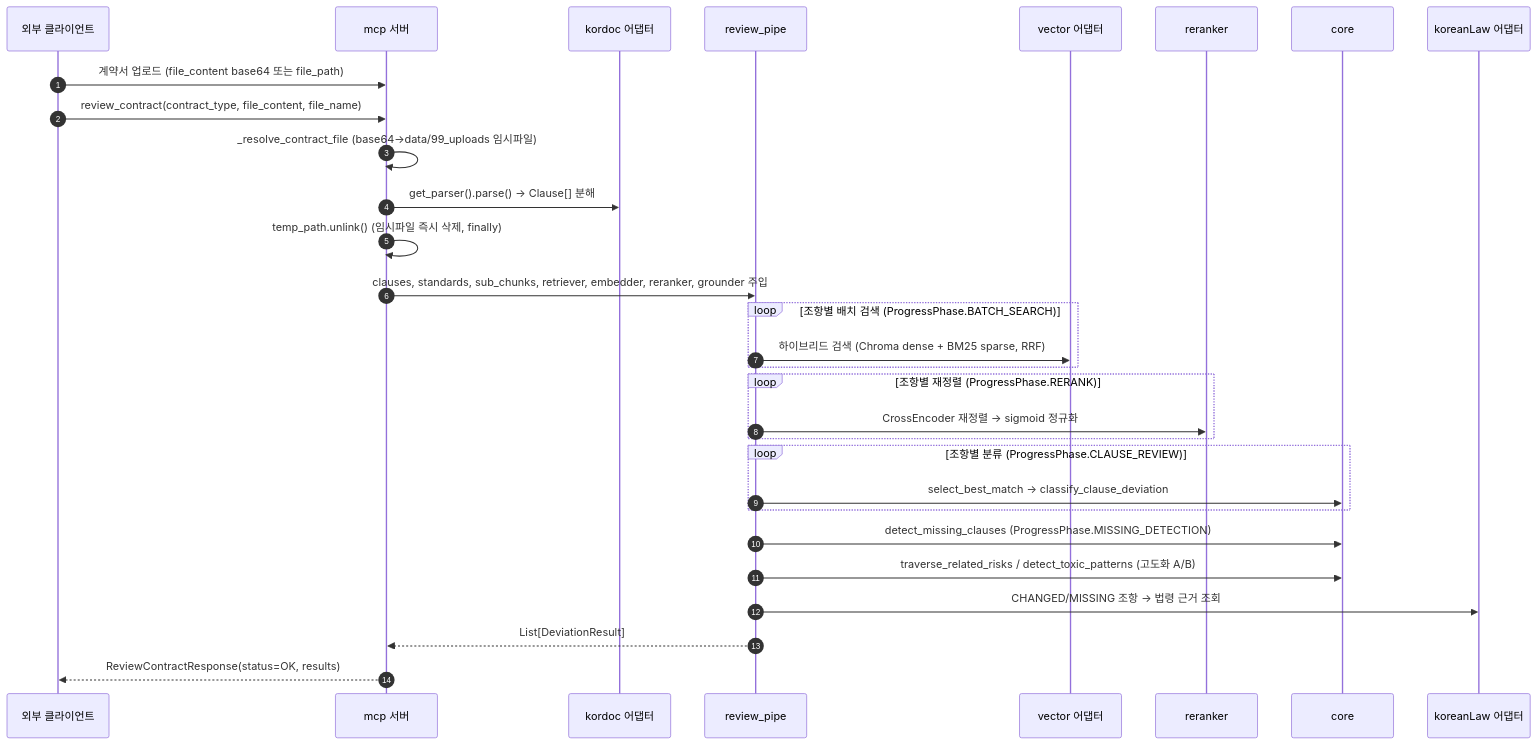
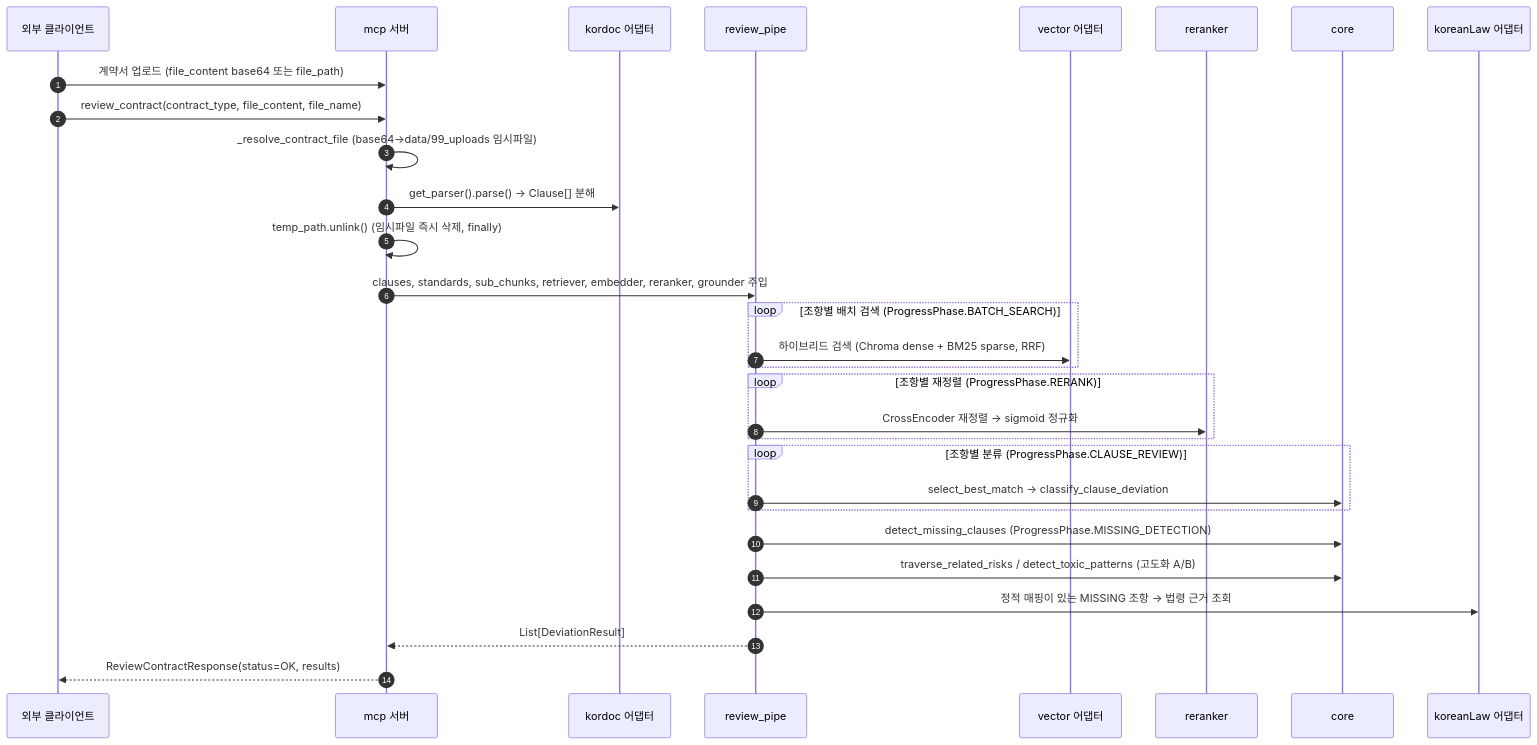
The third of 3 diagrams in docs/deliverables/시스템 아키텍처.md (Hong1008/SKN30-3rd-2Team), drawn with Mermaid before and after one commit. The commit also changed other lines of this file and 7 other files, not shown here.

Commit message:
docs: update project documentation and refactor server configuration to reflect current architecture

````diff
--- a/docs/deliverables/시스템 아키텍처.md
+++ b/docs/deliverables/시스템 아키텍처.md
@@ -116,24 +116,24 @@
 ```mermaid
 sequenceDiagram
     autonumber
     외부 클라이언트->>mcp 서버: 계약서 업로드 (file_content base64 또는 file_path)
     외부 클라이언트->>mcp 서버: review_contract(contract_type, file_content, file_name)
     mcp 서버->>mcp 서버: _resolve_contract_file (base64→data/99_uploads 임시파일)
     mcp 서버->>kordoc 어댑터: get_parser().parse() → Clause[] 분해
     mcp 서버->>mcp 서버: temp_path.unlink() (임시파일 즉시 삭제, finally)
     mcp 서버->>review_pipe: clauses, standards, sub_chunks, retriever, embedder, reranker, grounder 주입
     loop 조항별 배치 검색 (ProgressPhase.BATCH_SEARCH)
         review_pipe->>vector 어댑터: 하이브리드 검색 (Chroma dense + BM25 sparse, RRF)
     end
     loop 조항별 재정렬 (ProgressPhase.RERANK)
         review_pipe->>reranker: CrossEncoder 재정렬 → sigmoid 정규화
     end
     loop 조항별 분류 (ProgressPhase.CLAUSE_REVIEW)
         review_pipe->>core: select_best_match → classify_clause_deviation
     end
     review_pipe->>core: detect_missing_clauses (ProgressPhase.MISSING_DETECTION)
     review_pipe->>core: traverse_related_risks / detect_toxic_patterns (고도화 A/B)
-    review_pipe->>koreanLaw 어댑터: CHANGED/MISSING 조항 → 법령 근거 조회
+    review_pipe->>koreanLaw 어댑터: 정적 매핑이 있는 MISSING 조항 → 법령 근거 조회
     review_pipe-->>mcp 서버: List[DeviationResult]
     mcp 서버-->>외부 클라이언트: ReviewContractResponse(status=OK, results)
 ```
````
